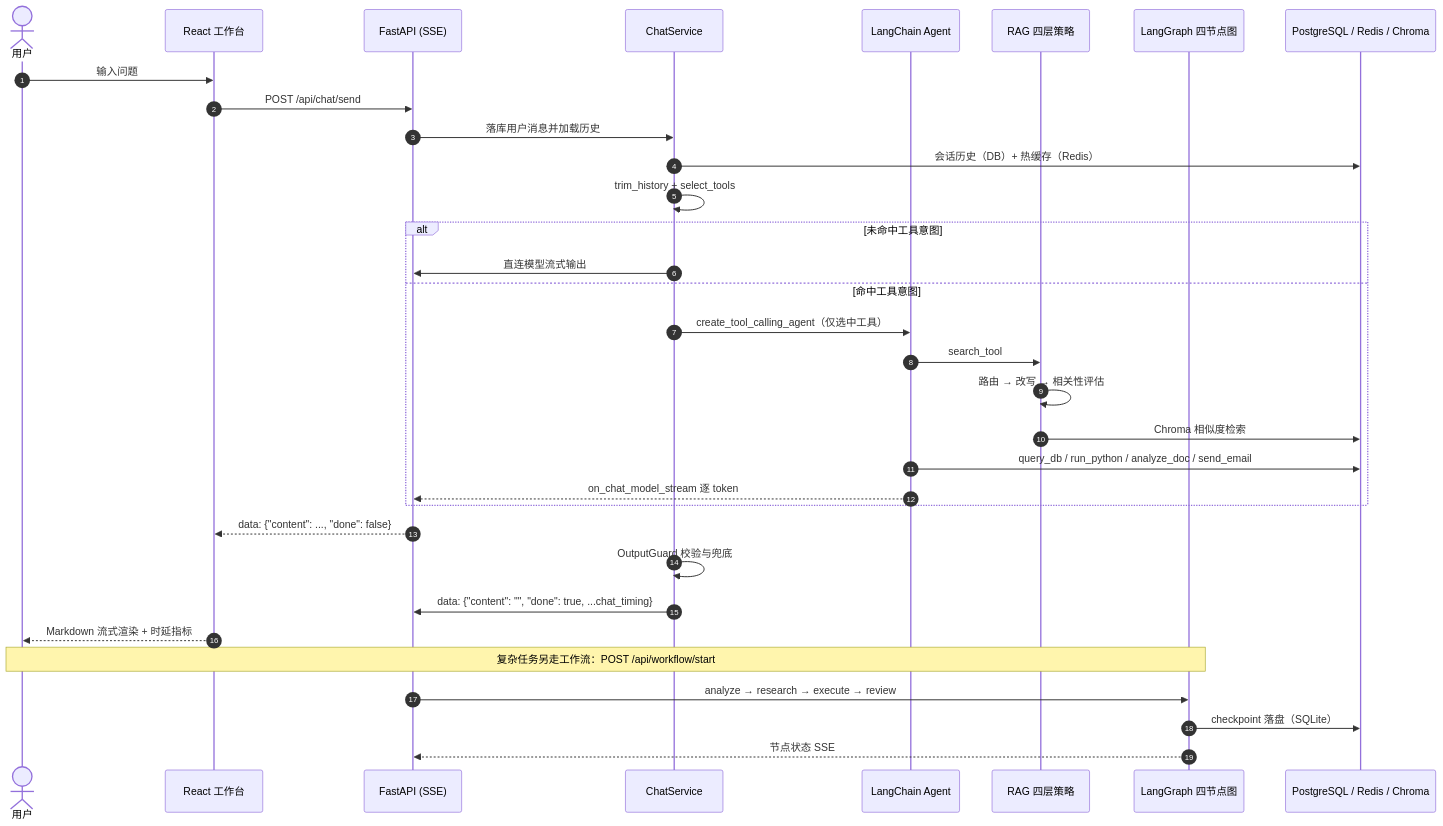
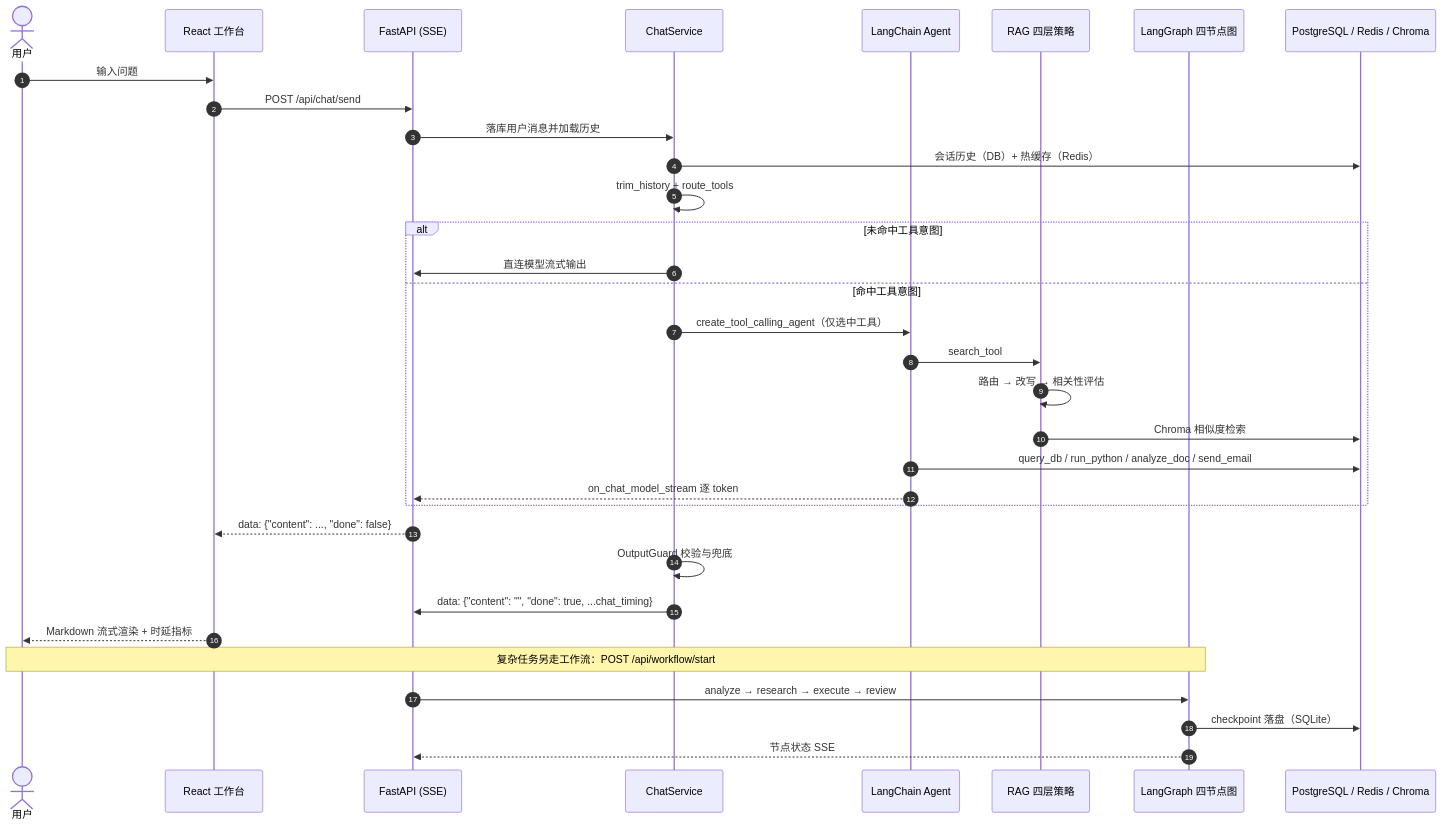
The diagram in README.md (xje233/AI_Agent_Workflow), drawn with Mermaid before and after one commit. The commit also changed other lines of this file and 13 other files, not shown here.

````diff
--- a/README.md
+++ b/README.md
@@ -84,39 +86,39 @@
 ```mermaid
 sequenceDiagram
     autonumber
     actor User as 用户
     participant Web as React 工作台
     participant API as FastAPI (SSE)
     participant Svc as ChatService
     participant Agent as LangChain Agent
     participant RAG as RAG 四层策略
     participant Graph as LangGraph 四节点图
     participant Store as PostgreSQL / Redis / Chroma
 
     User->>Web: 输入问题
     Web->>API: POST /api/chat/send
     API->>Svc: 落库用户消息并加载历史
     Svc->>Store: 会话历史（DB）+ 热缓存（Redis）
-    Svc->>Svc: trim_history + select_tools
+    Svc->>Svc: trim_history + route_tools
 
     alt 未命中工具意图
         Svc->>API: 直连模型流式输出
     else 命中工具意图
         Svc->>Agent: create_tool_calling_agent（仅选中工具）
         Agent->>RAG: search_tool
         RAG->>RAG: 路由 → 改写 → 相关性评估
         RAG->>Store: Chroma 相似度检索
         Agent->>Store: query_db / run_python / analyze_doc / send_email
         Agent-->>API: on_chat_model_stream 逐 token
     end
 
     API-->>Web: data: {"content": ..., "done": false}
     Svc->>Svc: OutputGuard 校验与兜底
     Svc->>API: data: {"content": "", "done": true, ...chat_timing}
     Web-->>User: Markdown 流式渲染 + 时延指标
 
     Note over User,Graph: 复杂任务另走工作流：POST /api/workflow/start
     API->>Graph: analyze → research → execute → review
     Graph->>Store: checkpoint 落盘（SQLite）
     Graph-->>API: 节点状态 SSE
 ```
````
